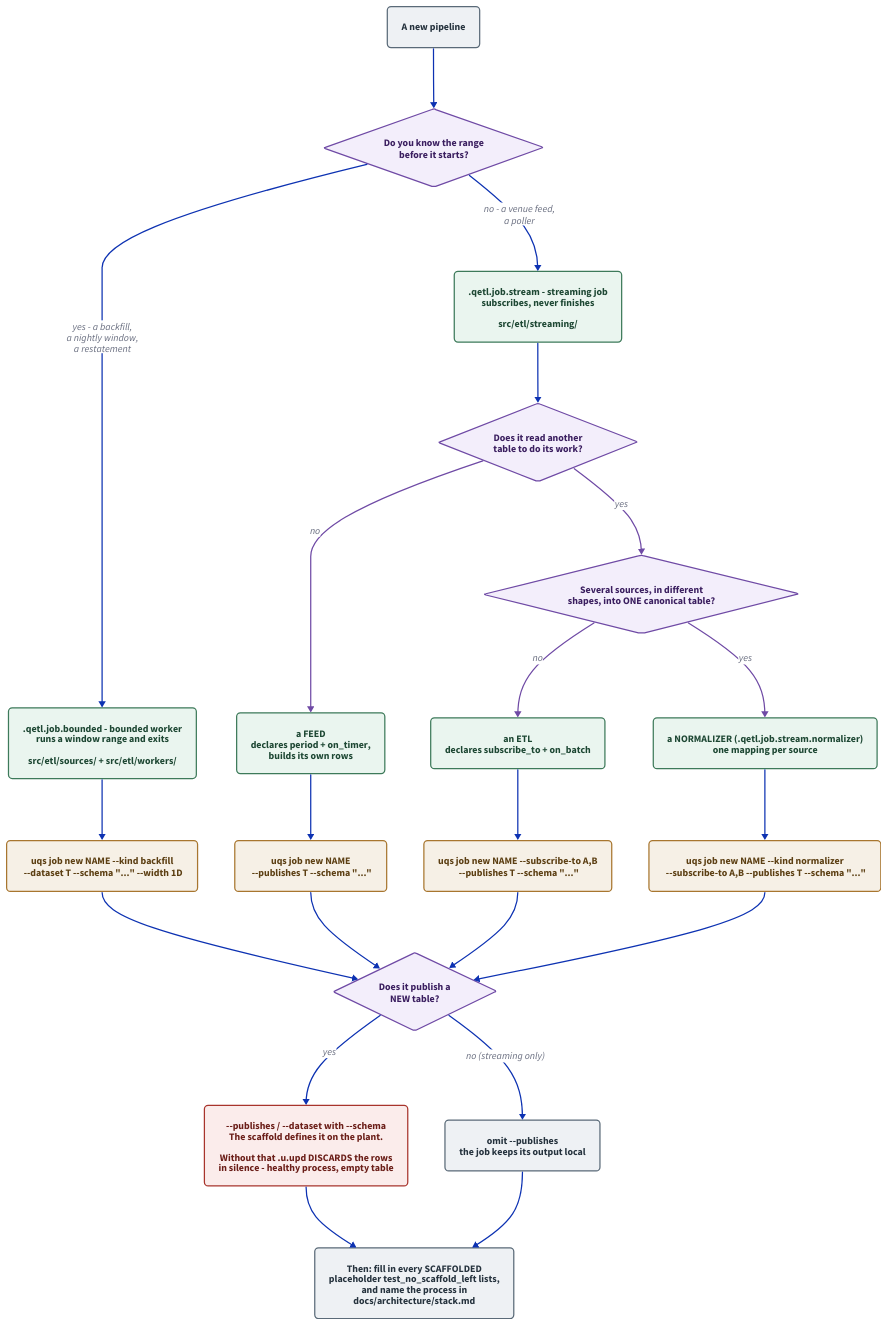
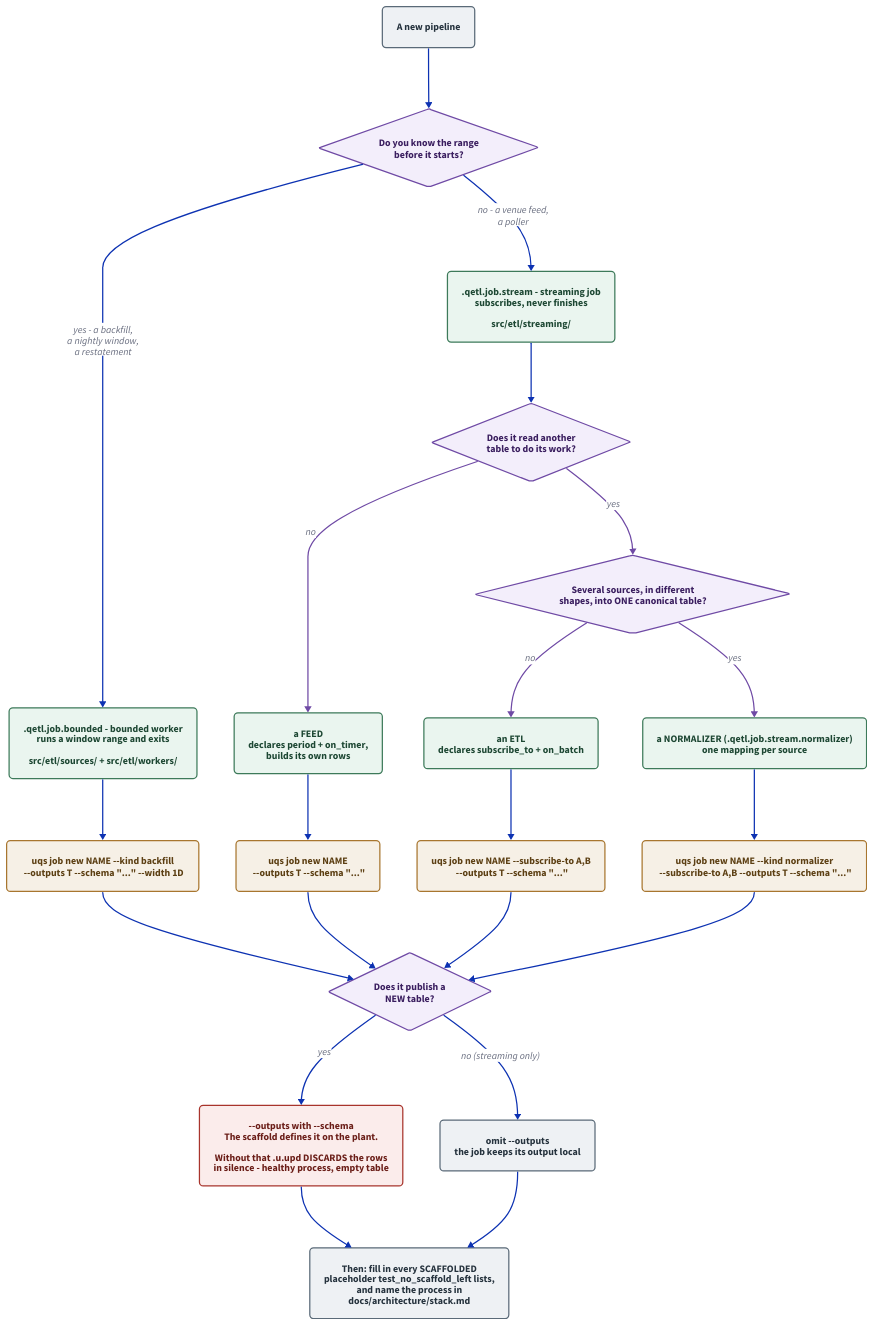
One commit to kwojdalski/uqf changed the diagram in docs/diagrams/pipeline-decision.d2. Above: the diagram before and after it, drawn with D2. The commit also changed 38 other files, not shown here.

First line of the commit message:
Unify job new's output options and reactions' writes under outputs (#2102)

```diff
--- a/docs/diagrams/pipeline-decision.d2
+++ b/docs/diagrams/pipeline-decision.d2
@@ -1,126 +1,126 @@
 # pipeline-decision.d2 - which pipeline shape to build, and the command that
 # scaffolds it.
 #
 # Rendered by `scripts/generate/derive.py diagrams`, which CI runs with
 # --check. Embedded from docs/guides/new-pipeline.md.
 #
 # THE DECISION THIS DRAWS is the first one, and the guide says it is "the only
 # structural mistake here that is expensive to undo": bounded or continuous.
 # Everything after it is a flag on one command. That asymmetry is the point of
 # the drawing - a reader who expects a long decision tree should be able to see
 # in one glance that there are four questions, not thirty, and that only the
 # first one is hard to change later.
 #
 # The kinds are DERIVED, not asked for: a streaming job that subscribes to
 # nothing is a feed, one that subscribes is an etl. scaffold/jobs.py comments
 # that there is no third answer the caller could give which the edges do not
 # already imply. A NORMALIZER is the one kind named outright (--kind
 # normalizer): its edges look like an etl's, and what differs is its purpose -
 # several differently-shaped tables in, one canonical shape out - so the diagram shows `--subscribe-to` deciding it rather than a
 # `--kind feed` that does not exist.
 #
 # What is deliberately NOT here: the transform, the check, the io manager and
 # the partition. Those are declarations you write inside the file the scaffold
 # gives you, not choices about which file to make, and putting them on a
 # decision tree would say they are alternatives when they are ingredients.
 
 direction: down
 
 vars: {
   d2-config: {
     pad: 40
   }
 }
 
 classes: {
   question: {
     shape: diamond
     style: {
       fill: "#f3eefb"
       stroke: "#6f4aa5"
       font-color: "#3a1e5f"
     }
   }
   shell: {
     style: {
       fill: "#eaf5ef"
       stroke: "#3d7a5a"
       font-color: "#1d4733"
       border-radius: 6
     }
   }
   command: {
     style: {
       fill: "#f6f0e6"
       stroke: "#a8762f"
       font-color: "#5c3f13"
       border-radius: 6
     }
   }
   outcome: {
     style: {
       fill: "#eef1f4"
       stroke: "#5a6a78"
       font-color: "#25323d"
       border-radius: 6
     }
   }
   warn: {
     style: {
       fill: "#fbeceb"
       stroke: "#a8342c"
       font-color: "#6b1e18"
       border-radius: 6
     }
   }
 }
 
 start: "A new pipeline" { class: outcome }
 
 q1: "Do you know the range\nbefore it starts?" { class: question }
 
 bounded: ".qetl.job.bounded - bounded worker\nruns a window range and exits\n\nsrc/etl/sources/ + src/etl/workers/" { class: shell }
 cont: ".qetl.job.stream - streaming job\nsubscribes, never finishes\n\nsrc/etl/streaming/" { class: shell }
 
 q2: "Does it read another\ntable to do its work?" { class: question }
 feed: "a FEED\ndeclares period + on_timer,\nbuilds its own rows" { class: shell }
 etl: "an ETL\ndeclares subscribe_to + on_batch" { class: shell }
 q2b: "Several sources, in different\nshapes, into ONE canonical table?" { class: question }
 normalizer: "a NORMALIZER (.qetl.job.stream.normalizer)\none mapping per source" { class: shell }
-cmd_n: "uqs job new NAME --kind normalizer\n  --subscribe-to A,B --publishes T --schema \"...\"" { class: command }
+cmd_n: "uqs job new NAME --kind normalizer\n  --subscribe-to A,B --outputs T --schema \"...\"" { class: command }
 
-cmd_b: "uqs job new NAME --kind backfill\n  --dataset T --schema \"...\" --width 1D" { class: command }
-cmd_f: "uqs job new NAME\n  --publishes T --schema \"...\"" { class: command }
-cmd_e: "uqs job new NAME --subscribe-to A,B\n  --publishes T --schema \"...\"" { class: command }
+cmd_b: "uqs job new NAME --kind backfill\n  --outputs T --schema \"...\" --width 1D" { class: command }
+cmd_f: "uqs job new NAME\n  --outputs T --schema \"...\"" { class: command }
+cmd_e: "uqs job new NAME --subscribe-to A,B\n  --outputs T --schema \"...\"" { class: command }
 
 q3: "Does it publish a\nNEW table?" { class: question }
-newtable: "--publishes / --dataset with --schema\nThe scaffold defines it on the plant.\n\nWithout that .u.upd DISCARDS the rows\nin silence - healthy process, empty table" { class: warn }
-localonly: "omit --publishes\nthe job keeps its output local" { class: outcome }
+newtable: "--outputs with --schema\nThe scaffold defines it on the plant.\n\nWithout that .u.upd DISCARDS the rows\nin silence - healthy process, empty table" { class: warn }
+localonly: "omit --outputs\nthe job keeps its output local" { class: outcome }
 
 done: "Then: fill in every SCAFFOLDED\nplaceholder test_no_scaffold_left lists,\nand name the process in\ndocs/architecture/stack.md" { class: outcome }
 
 start -> q1
 q1 -> bounded: "yes - a backfill,\na nightly window,\na restatement"
 q1 -> cont: "no - a venue feed,\na poller"
 
 cont -> q2
 q2 -> feed: "no" { style.stroke: "#6f4aa5" }
 q2 -> q2b: "yes" { style.stroke: "#6f4aa5" }
 q2b -> etl: "no" { style.stroke: "#6f4aa5" }
 q2b -> normalizer: "yes" { style.stroke: "#6f4aa5" }
 
 bounded -> cmd_b
 feed -> cmd_f
 etl -> cmd_e
 normalizer -> cmd_n
 
 cmd_b -> q3
 cmd_f -> q3
 cmd_e -> q3
 cmd_n -> q3
 
 q3 -> newtable: "yes"
 q3 -> localonly: "no (streaming only)"
 
 newtable -> done
 localonly -> done
```
